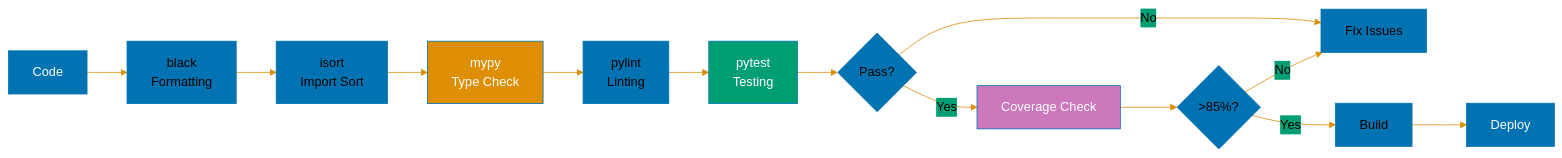
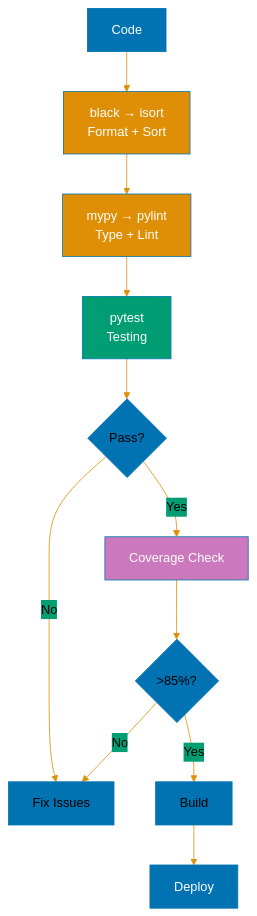
Before and after one commit to wahidyankf/open-sharia-enterprise: the fifth of 5 diagrams in docs/explanation/software-engineering/programming-languages/python/best-practices.md, drawn with Mermaid. The commit also changed other lines of this file and 12 other files, not shown here.

First line of the commit message:
fix(docs): fix mermaid violations in python docs

````diff
--- a/docs/explanation/software-engineering/programming-languages/python/best-practices.md
+++ b/docs/explanation/software-engineering/programming-languages/python/best-practices.md
@@ -2521,25 +2518,24 @@
 ```mermaid
 %%{init: {'theme':'base', 'themeVariables': { 'primaryColor':'#0173B2','primaryTextColor':'#000','primaryBorderColor':'#0173B2','lineColor':'#DE8F05','secondaryColor':'#029E73','tertiaryColor':'#CC78BC','fontSize':'16px'}}}%%
-flowchart LR
-    A[Code] --> B[black<br/>Formatting]
-    B --> C[isort<br/>Import Sort]
-    C --> D[mypy<br/>Type Check]
-    D --> E[pylint<br/>Linting]
-    E --> F[pytest<br/>Testing]
-    F --> G{Pass?}
+graph TD
+    A[Code] --> B["black → isort<br/>Format + Sort"]
+    B --> C["mypy → pylint<br/>Type + Lint"]
+    C --> D[pytest<br/>Testing]
+    D --> G{Pass?}
 
     G -->|Yes| H[Coverage Check]
     G -->|No| I[Fix Issues]
 
-    H --> J{>85%?}
+    H --> J{">85%?"}
     J -->|Yes| K[Build]
     J -->|No| I
 
     K --> L[Deploy]
 
     style A fill:#0173B2,color:#fff
-    style D fill:#DE8F05,color:#fff
-    style F fill:#029E73,color:#fff
+    style B fill:#DE8F05,color:#fff
+    style C fill:#DE8F05,color:#fff
+    style D fill:#029E73,color:#fff
     style H fill:#CC78BC,color:#fff
     style L fill:#0173B2,color:#fff
 ```
````
